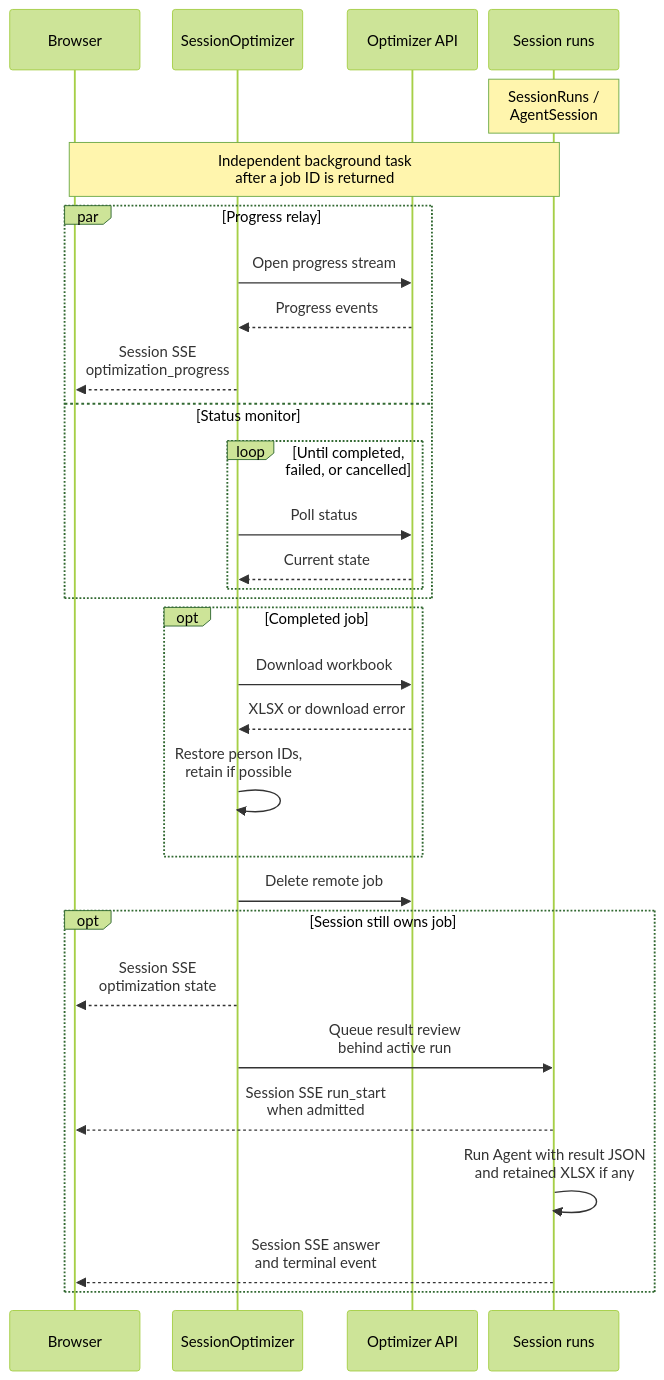
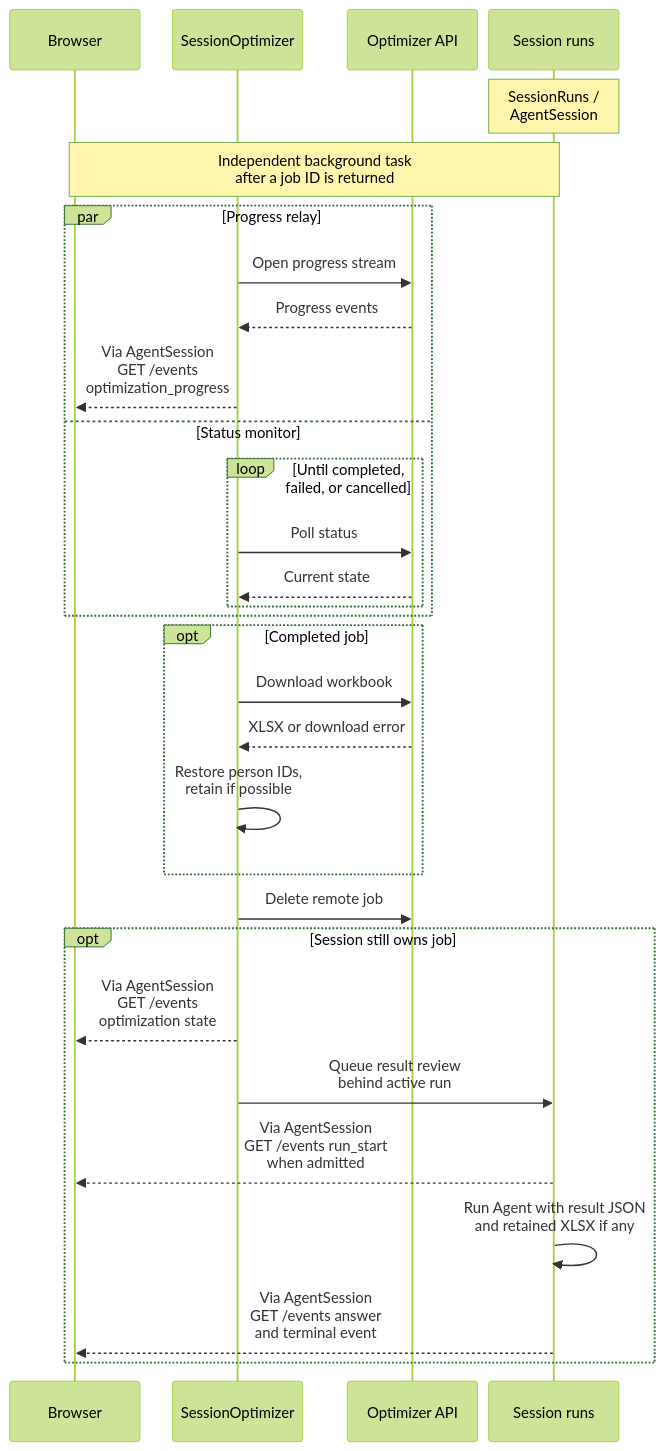
One commit to j3soon/nurse-scheduling changed diagram 12 of 15 in docs/content/developer-guide/ai-assistant.md. Above: the diagram before and after it, drawn with Mermaid (forest theme). The commit also changed other lines of this file and 16 other files, not shown here.

First line of the commit message:
feat(core/ai): unify run delivery through session events

````diff
--- a/docs/content/developer-guide/ai-assistant.md
+++ b/docs/content/developer-guide/ai-assistant.md
@@ -607,44 +603,44 @@
 ```mermaid
 ---
 config:
   sequence:
     actorMargin: 12
     width: 140
     diagramMarginX: 4
     diagramMarginY: 8
     wrap: false
     wrapPadding: 4
 ---
 sequenceDiagram
     participant Browser
     participant Jobs as SessionOptimizer
     participant API as Optimizer API
     participant Runs as Session runs
 
     Note over Runs: SessionRuns /<br/>AgentSession
     Note over Browser,Runs: Independent background task<br/>after a job ID is returned
     par Progress relay
         Jobs->>API: Open progress stream
         API-->>Jobs: Progress events
-        Jobs-->>Browser: Session SSE<br/>optimization_progress
+        Jobs-->>Browser: Via AgentSession<br/>GET /events<br/>optimization_progress
     and Status monitor
         loop Until completed, failed, or cancelled
             Jobs->>API: Poll status
             API-->>Jobs: Current state
         end
     end
     opt Completed job
         Jobs->>API: Download workbook
         API-->>Jobs: XLSX or download error
         Jobs->>Jobs: Restore person IDs,<br/>retain if possible
     end
     Jobs->>API: Delete remote job
     opt Session still owns job
-        Jobs-->>Browser: Session SSE<br/>optimization state
+        Jobs-->>Browser: Via AgentSession<br/>GET /events<br/>optimization state
         Jobs->>Runs: Queue result review<br/>behind active run
-        Runs-->>Browser: Session SSE run_start<br/>when admitted
+        Runs-->>Browser: Via AgentSession<br/>GET /events run_start<br/>when admitted
         Runs->>Runs: Run Agent with result JSON<br/>and retained XLSX if any
-        Runs-->>Browser: Session SSE answer<br/>and terminal event
+        Runs-->>Browser: Via AgentSession<br/>GET /events answer<br/>and terminal event
     end
 
 ```
````
